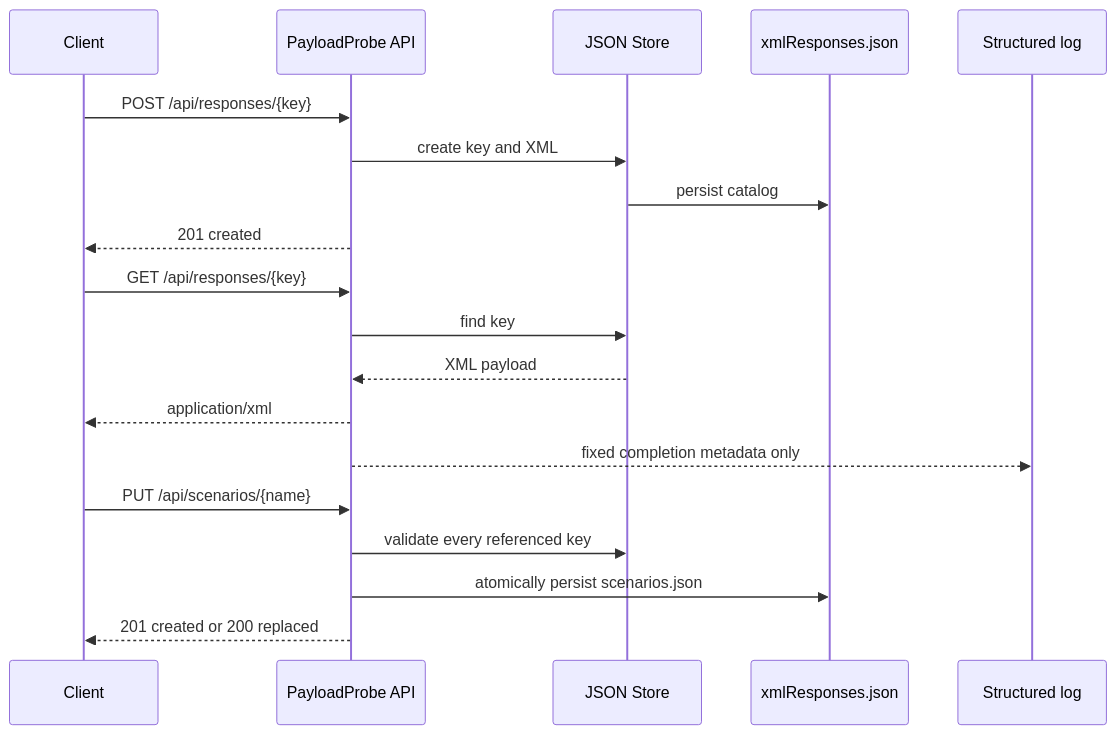
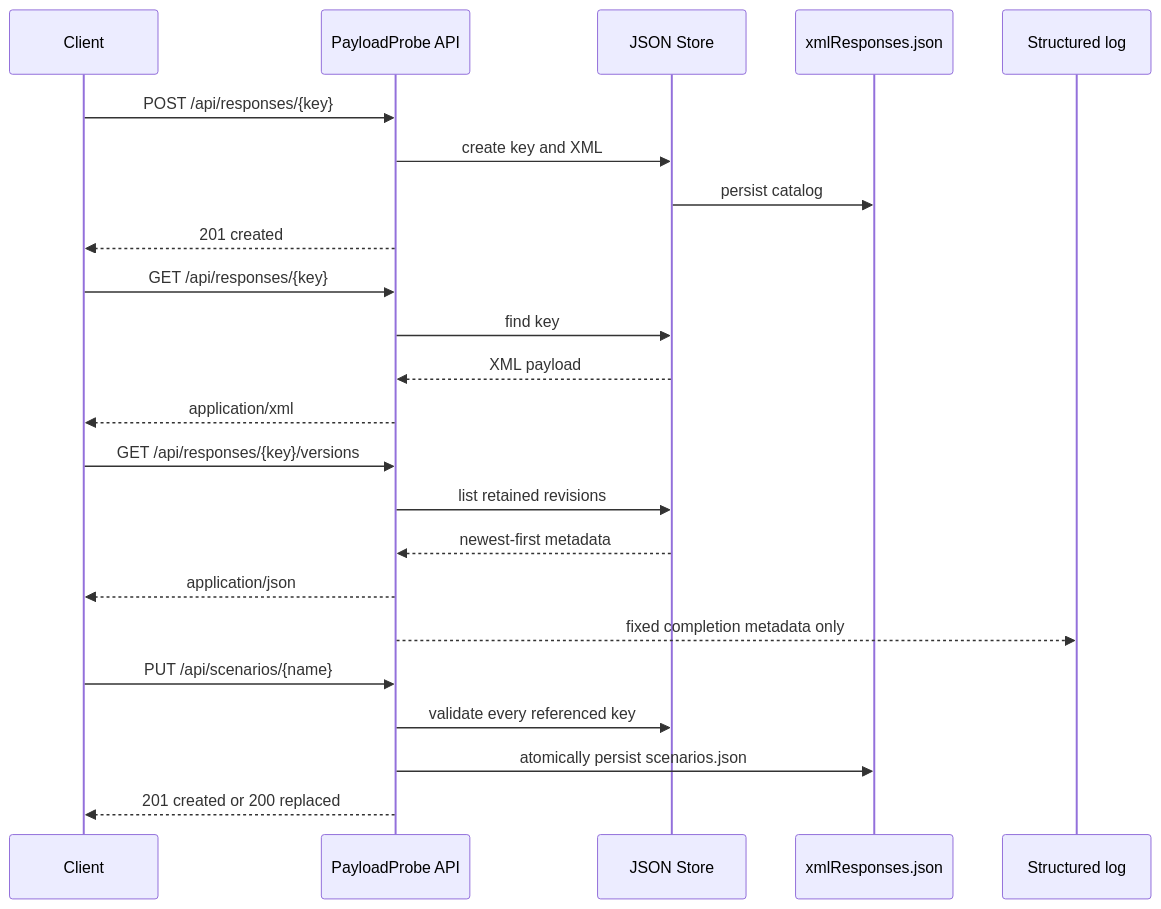
Before and after one commit to J4vedskh/payloadprobe-lab: the second of 3 diagrams in docs/architecture.md, drawn with Mermaid. The commit also changed other lines of this file and 23 other files, not shown here.

````diff
--- a/docs/architecture.md
+++ b/docs/architecture.md
@@ -79,22 +101,26 @@
 ```mermaid
 sequenceDiagram
     participant Client
     participant API as PayloadProbe API
     participant Store as JSON Store
     participant File as xmlResponses.json
     participant Log as Structured log
 
     Client->>API: POST /api/responses/{key}
     API->>Store: create key and XML
     Store->>File: persist catalog
     API-->>Client: 201 created
     Client->>API: GET /api/responses/{key}
     API->>Store: find key
     Store-->>API: XML payload
     API-->>Client: application/xml
+    Client->>API: GET /api/responses/{key}/versions
+    API->>Store: list retained revisions
+    Store-->>API: newest-first metadata
+    API-->>Client: application/json
     API-->>Log: fixed completion metadata only
     Client->>API: PUT /api/scenarios/{name}
     API->>Store: validate every referenced key
     API->>File: atomically persist scenarios.json
     API-->>Client: 201 created or 200 replaced
 ```
````
